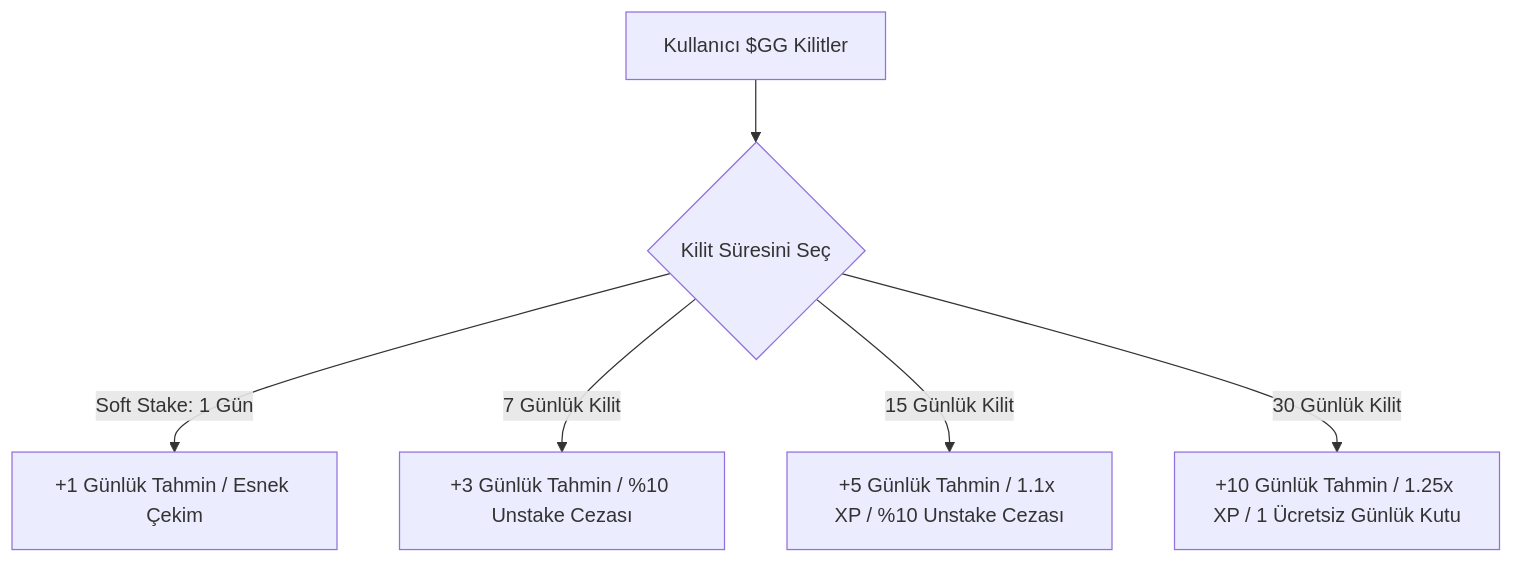
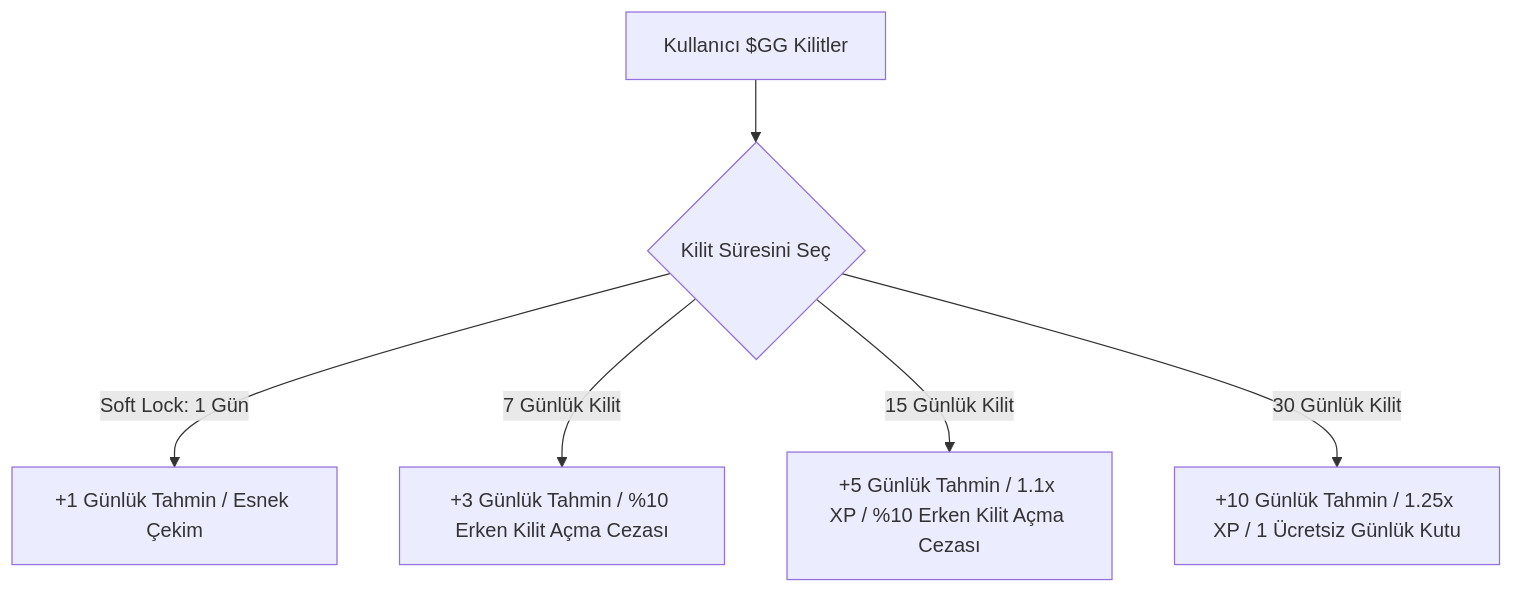
The diagram in WHITEPAPER.md (goalgolden2026-hub/Golden-Goal), drawn with Mermaid before and after one commit. The commit also changed other lines of this file and 18 other files, not shown here.

````diff
--- a/WHITEPAPER.md
+++ b/WHITEPAPER.md
@@ -83,8 +83,8 @@
 ```mermaid
 graph TD
     A[Kullanıcı $GG Kilitler] --> B{Kilit Süresini Seç}
-    B -->|Soft Stake: 1 Gün| C[+1 Günlük Tahmin / Esnek Çekim]
-    B -->|7 Günlük Kilit| D[+3 Günlük Tahmin / %10 Unstake Cezası]
-    B -->|15 Günlük Kilit| E[+5 Günlük Tahmin / 1.1x XP / %10 Unstake Cezası]
+    B -->|Soft Lock: 1 Gün| C[+1 Günlük Tahmin / Esnek Çekim]
+    B -->|7 Günlük Kilit| D[+3 Günlük Tahmin / %10 Erken Kilit Açma Cezası]
+    B -->|15 Günlük Kilit| E[+5 Günlük Tahmin / 1.1x XP / %10 Erken Kilit Açma Cezası]
     B -->|30 Günlük Kilit| F[+10 Günlük Tahmin / 1.25x XP / 1 Ücretsiz Günlük Kutu]
 ```
````
